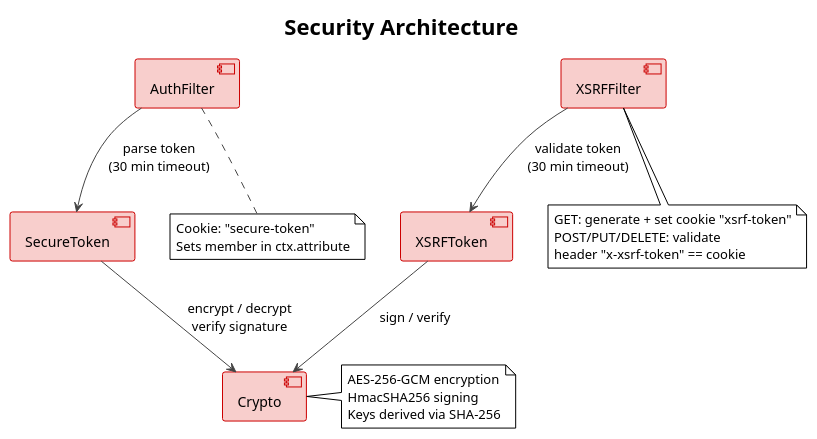
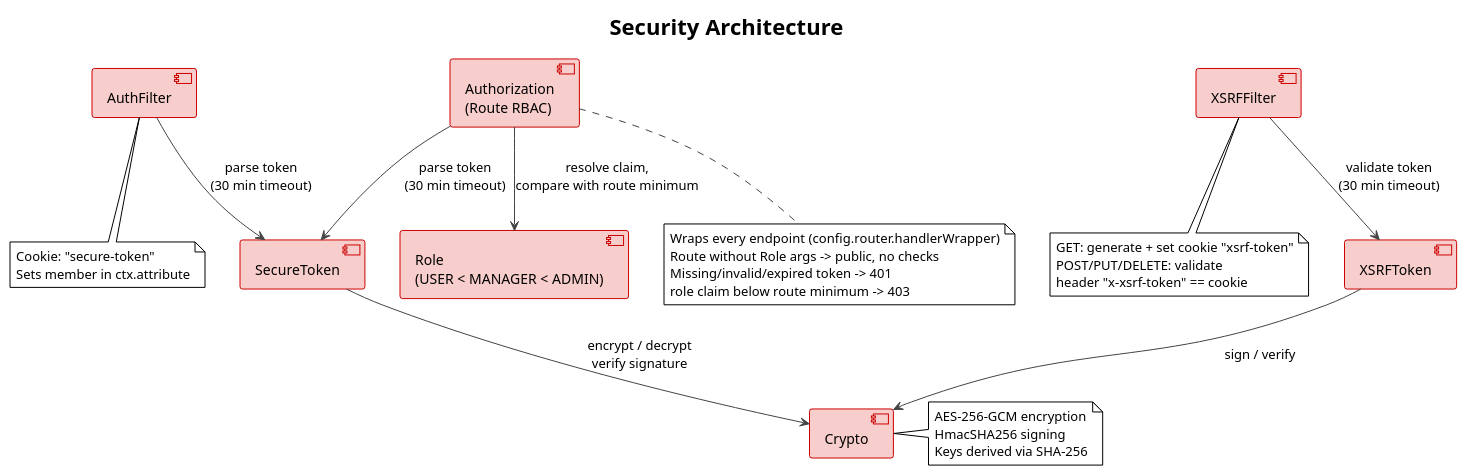
Before and after one commit to batzorigt/rest-api-template: the sixth of 8 diagrams in ARCHITECTURE.md, drawn with PlantUML. The commit also changed other lines of this file and 15 other files, not shown here.

First line of the commit message:
Implement route-level RBAC with Authorization wrapper

````diff
--- a/ARCHITECTURE.md
+++ b/ARCHITECTURE.md
@@ -291,41 +302,52 @@
 ```plantuml
 @startuml Security
 !theme plain
 skinparam component {
   BorderColor #cc0000
   BackgroundColor #f8cecc
 }
 skinparam ArrowColor #444444
 
 title Security Architecture
 
 component "AuthFilter" as auth
+component "Authorization\n(Route RBAC)" as authz
+component "Role\n(USER < MANAGER < ADMIN)" as role
 component "XSRFFilter" as xsrf
 component "SecureToken" as st
 component "XSRFToken" as xt
 component "Crypto" as crypto
 
 note right of crypto
   AES-256-GCM encryption
   HmacSHA256 signing
   Keys derived via SHA-256
 end note
 
+authz --> st : parse token\n(30 min timeout)
+authz --> role : resolve claim,\ncompare with route minimum
 auth --> st : parse token\n(30 min timeout)
 xsrf --> xt : validate token\n(30 min timeout)
 st --> crypto : encrypt / decrypt\nverify signature
 xt --> crypto : sign / verify
+
+note bottom of authz
+  Wraps every endpoint (config.router.handlerWrapper)
+  Route without Role args -> public, no checks
+  Missing/invalid/expired token -> 401
+  role claim below route minimum -> 403
+end note
 
 note bottom of auth
   Cookie: "secure-token"
   Sets member in ctx.attribute
 end note
 
 note bottom of xsrf
   GET: generate + set cookie "xsrf-token"
   POST/PUT/DELETE: validate
   header "x-xsrf-token" == cookie
 end note
 
 @enduml
 ```
````
